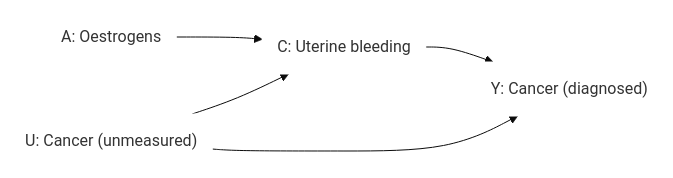
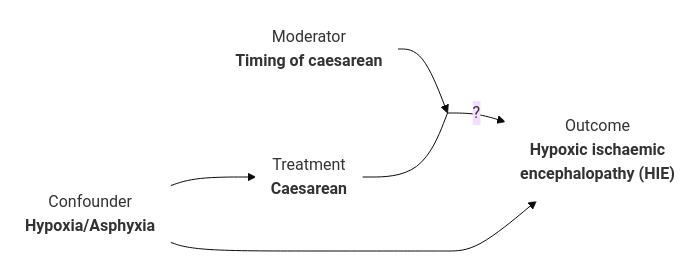
One commit to birth-outcomes/birth_outcomes_summary changed diagram 15 of 15 in book_birth_outcomes_summary/design_causal.md. Above: the diagram before and after it, drawn with Mermaid (base theme). The commit also changed other lines of this file and 1 other file, not shown here.

`````diff
--- a/book_birth_outcomes_summary/design_causal.md
+++ b/book_birth_outcomes_summary/design_causal.md
@@ -429,16 +400,18 @@
 ````{mermaid}
   flowchart LR;
 
-    a("A: Oestrogens"):::white;
-    u("U: Cancer (unmeasured)"):::white;
-    y("Y: Cancer (diagnosed)"):::white;
-    c("C: Uterine bleeding"):::white;
+    A("Treatment<br><b>Caesarean</b>"):::white;
+    Y("Outcome<br><b>Hypoxic ischaemic<br>encephalopathy (HIE)</b>"):::white;
+    Empty[ ]:::empty;
+    Mod("Moderator<br><b>Timing of caesarean</b>"):::white;
+    C("Confounder<br><b>Hypoxia/Asphyxia</b>"):::white;
 
-    a --> c;
-    u --> c;
-    c --> y;
-    u --> y;
+    Mod --> Empty;
+    A --- Empty; Empty -->|?| Y;
+    C --> A; C --> Y;
 
-    classDef white fill:#FFFFFF, stroke:#FFFFFF
-    classDef black fill:#FFFFFF, stroke:#000000
+
+    classDef white fill:#FFFFFF, stroke:#FFFFFF;
+    classDef black fill:#FFFFFF, stroke:#000000;
+    classDef empty width:0px,height:0px;
 ````
`````
